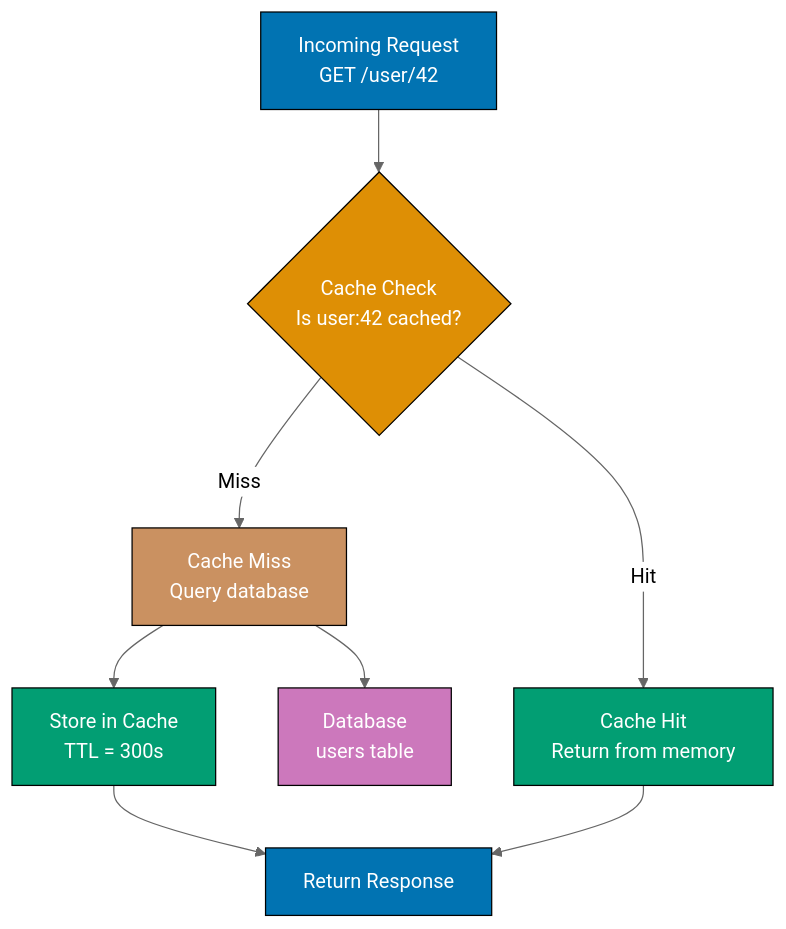
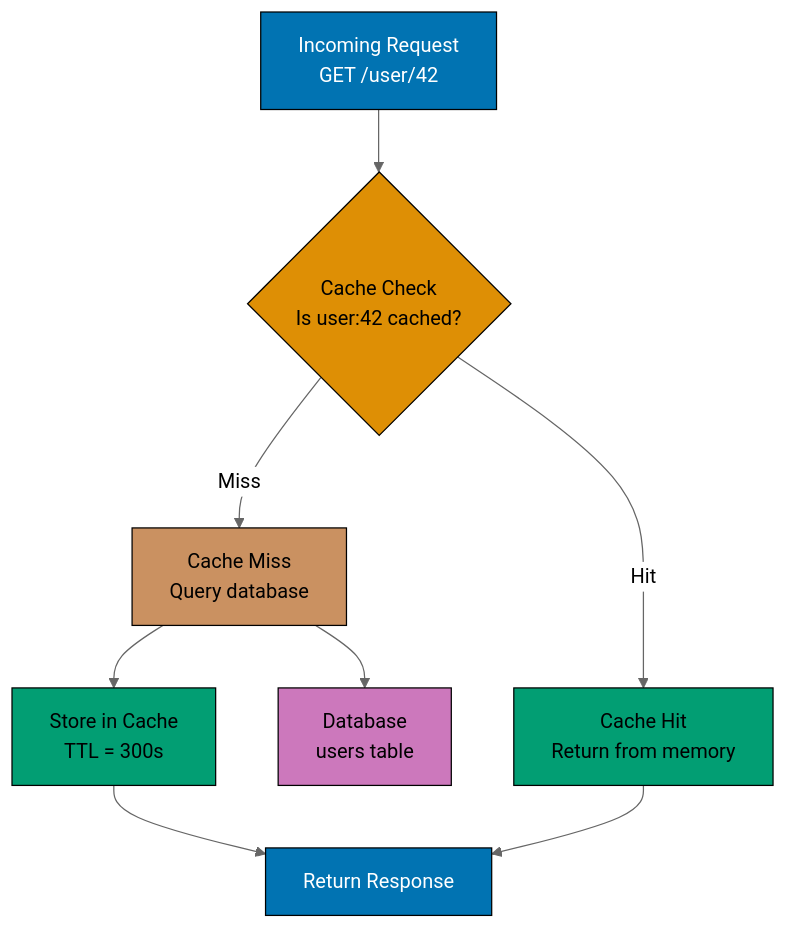
Before and after one commit to wahidyankf/ose-public: the third of 8 diagrams in apps/ayokoding-www/content/en/learn/legacy/software-engineering/system-design/by-example/beginner.md, drawn with Mermaid (neutral theme). The commit also changed other lines of this file and 78 other files, not shown here.

First line of the commit message:
fix(mermaid): bring the remaining legacy software-engineering diagrams onto the accessible palette

````diff
--- a/apps/ayokoding-www/content/en/learn/legacy/software-engineering/system-design/by-example/beginner.md
+++ b/apps/ayokoding-www/content/en/learn/legacy/software-engineering/system-design/by-example/beginner.md
@@ -1255,27 +1269,35 @@
 ```mermaid
 %% Color Palette: Blue #0173B2, Orange #DE8F05, Teal #029E73, Purple #CC78BC, Brown #CA9161
 graph TD
+    accTitle: Example 7: In-Memory Caching with TTL
+    accDescr: Graph with 7 nodes and 7 connections. Nodes: Incoming Request GET /user/42, Cache Check Is user:42 cached?, Cache Hit Return from memory, Cache Miss Query database, Database users table, Store in Cache TTL = 300s, Return Response. Connections: Incoming Request GET /user/42 to Cache Check Is user:42 cached?, Cache Check Is user:42 cached? to Cache Hit Return from memory (Hit), Cache Check Is user:42 cached? to Cache Miss Query database (Miss), Cache Miss Query database to Database users table, Cache Miss Query database to Store in Cache TTL = 300s, Store in Cache TTL = 300s to Return Response, Cache Hit Return from memory to Return Response.
     A["Incoming Request<br/>GET /user/42"]
     B{"Cache Check<br/>Is user:42 cached?"}
     C["Cache Hit<br/>Return from memory"]
     D["Cache Miss<br/>Query database"]
     E["Database<br/>users table"]
     F["Store in Cache<br/>TTL = 300s"]
     G["Return Response"]
 
     A --> B
     B -- Hit --> C
     B -- Miss --> D
     D --> E
     D --> F
     F --> G
     C --> G
 
-    style A fill:#0173B2,stroke:#000,color:#fff
-    style B fill:#DE8F05,stroke:#000,color:#fff
-    style C fill:#029E73,stroke:#000,color:#fff
-    style D fill:#CA9161,stroke:#000,color:#fff
-    style E fill:#CC78BC,stroke:#000,color:#fff
-    style F fill:#029E73,stroke:#000,color:#fff
-    style G fill:#0173B2,stroke:#000,color:#fff
+    classDef pal-0173B2 fill:#0173B2,stroke:#000000,color:#FFFFFF
+    class A pal-0173B2
+    classDef pal-DE8F05 fill:#DE8F05,stroke:#000000,color:#000000
+    class B pal-DE8F05
+    classDef pal-029E73 fill:#029E73,stroke:#000000,color:#000000
+    class C pal-029E73
+    classDef pal-CA9161 fill:#CA9161,stroke:#000000,color:#000000
+    class D pal-CA9161
+    classDef pal-CC78BC fill:#CC78BC,stroke:#000000,color:#000000
+    class E pal-CC78BC
+    class F pal-029E73
+    class G pal-0173B2
+    classDef default fill:#FFFFFF,stroke:#000000,color:#000000
 ```
````
